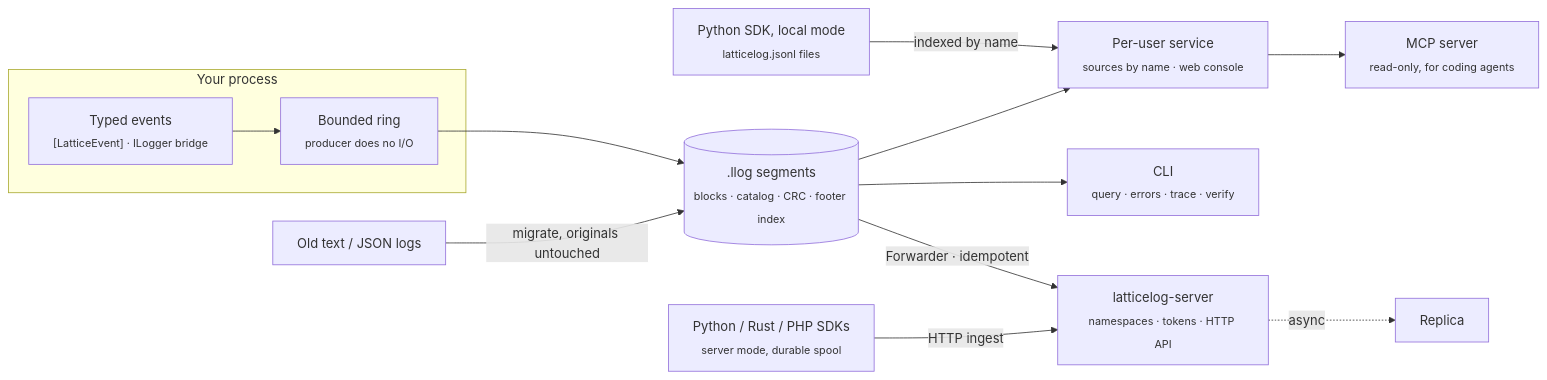
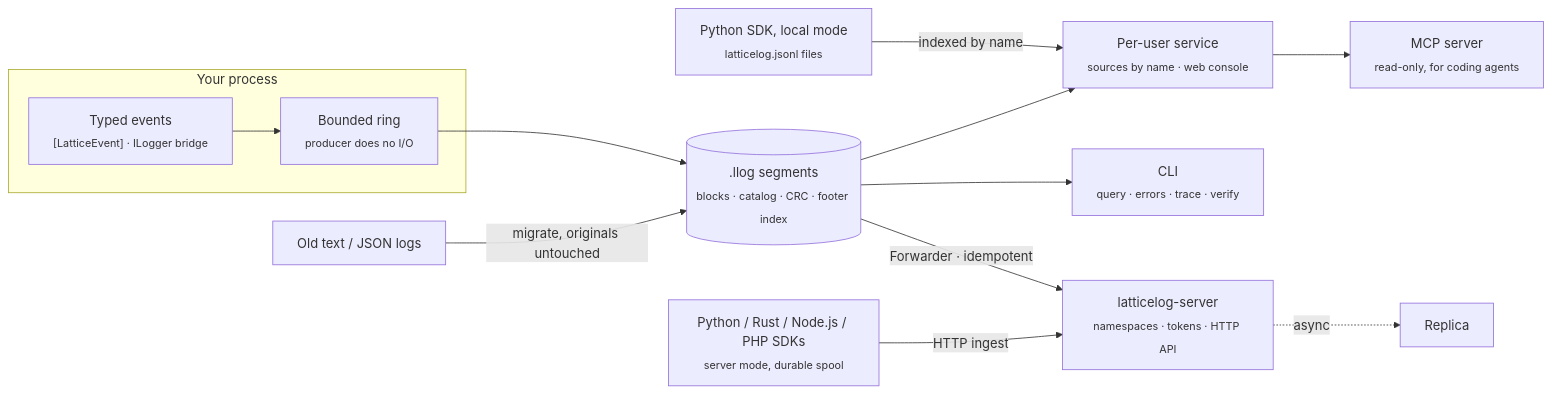
One commit to lreyesm1999/LatticeLog changed the diagram in README.md. Above: the diagram before and after it, drawn with Mermaid. The commit also changed other lines of this file and 36 other files, not shown here.

First line of the commit message:
TypeScript/Node.js SDK: local folders found by name and shipping to latticelog-server (P21) (#33)

````diff
--- a/README.md
+++ b/README.md
@@ -207,15 +207,15 @@
 ```mermaid
 flowchart LR
     subgraph app["Your process"]
       A["Typed events<br/><sub>[LatticeEvent] · ILogger bridge</sub>"] --> Q["Bounded ring<br/><sub>producer does no I/O</sub>"]
     end
     Q --> S[(".llog segments<br/><sub>blocks · catalog · CRC · footer index</sub>")]
     PY["Python SDK, local mode<br/><sub>latticelog.jsonl files</sub>"] -->|indexed by name| SVC
     T["Old text / JSON logs"] -->|migrate, originals untouched| S
     S --> CLI["CLI<br/><sub>query · errors · trace · verify</sub>"]
     S --> SVC["Per-user service<br/><sub>sources by name · web console</sub>"]
     SVC --> MCP["MCP server<br/><sub>read-only, for coding agents</sub>"]
     S -->|Forwarder · idempotent| SRV["latticelog-server<br/><sub>namespaces · tokens · HTTP API</sub>"]
     SRV -.->|async| R["Replica"]
-    PH["Python / Rust / PHP SDKs<br/><sub>server mode, durable spool</sub>"] -->|HTTP ingest| SRV
+    PH["Python / Rust / Node.js / PHP SDKs<br/><sub>server mode, durable spool</sub>"] -->|HTTP ingest| SRV
 ```
````
